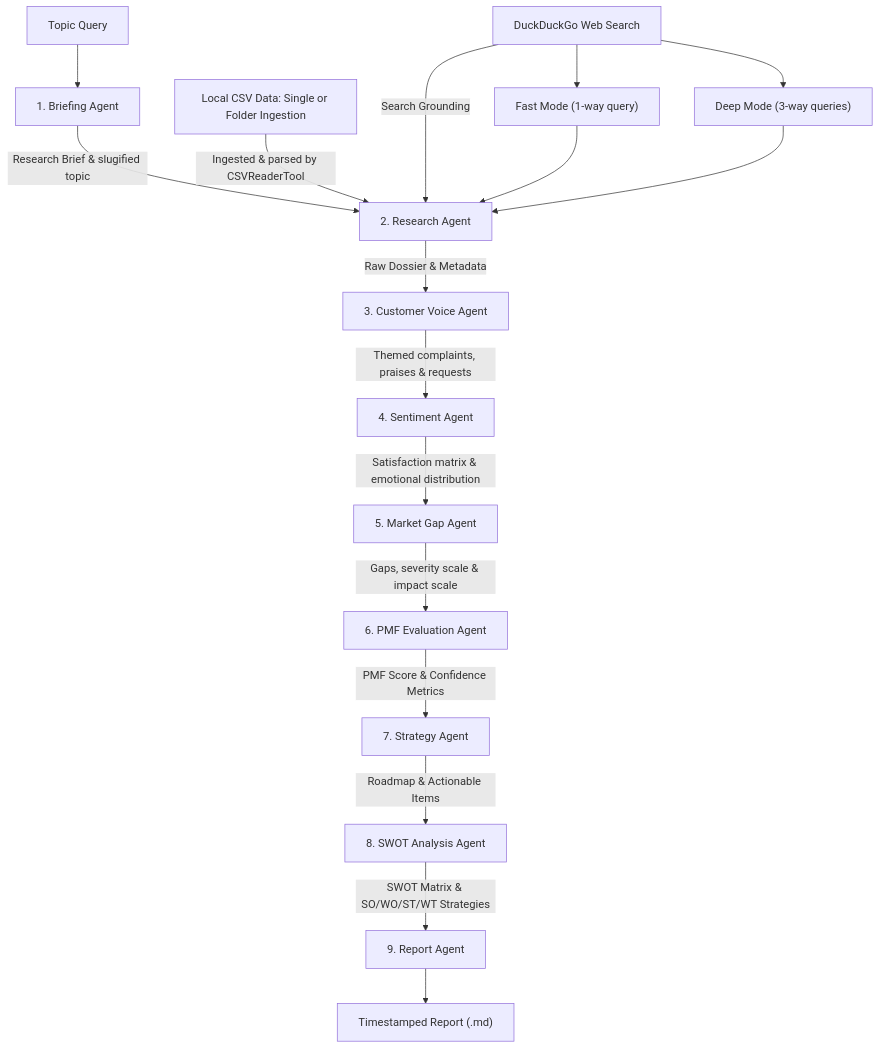
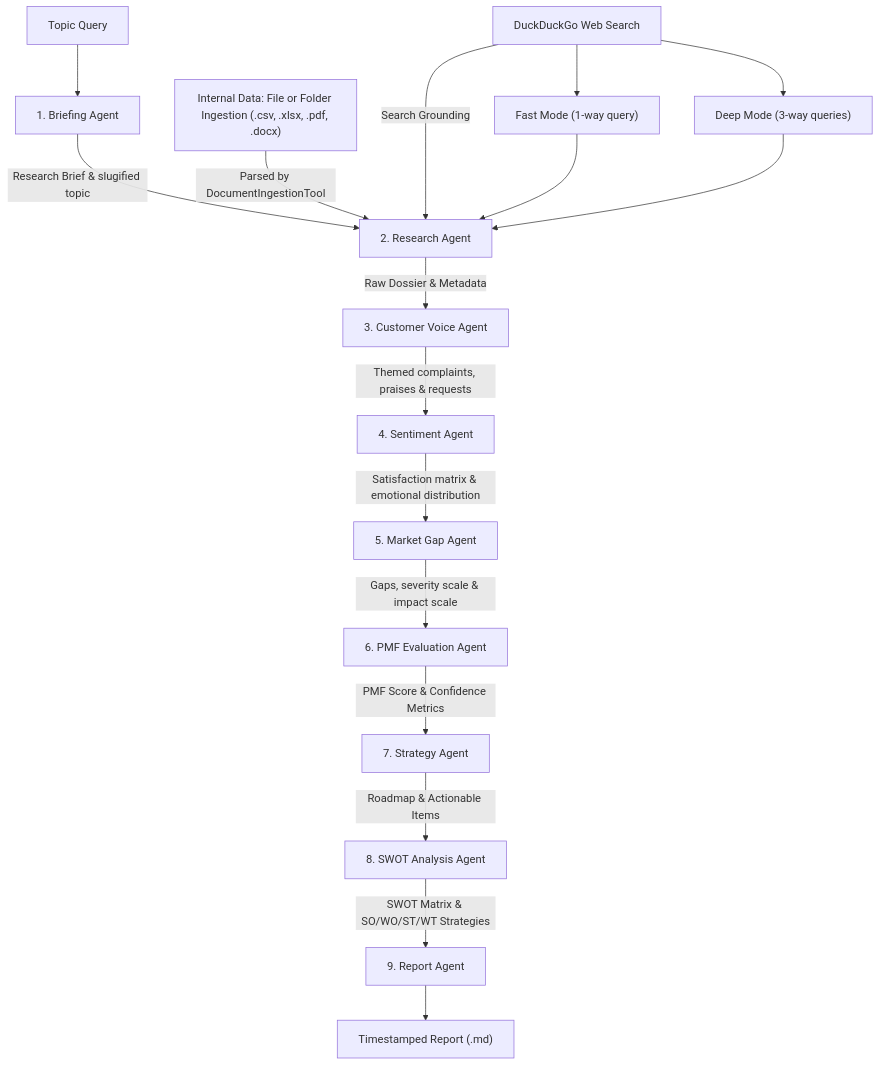
One commit to addysiddiqui7/PMFNavigator-AI changed the diagram in README.md. Above: the diagram before and after it, drawn with Mermaid. The commit also changed other lines of this file, not shown here.

````diff
--- a/README.md
+++ b/README.md
@@ -43,31 +43,31 @@
 ```mermaid
 graph TD
     Input[Topic Query] --> Stage1[1. Briefing Agent]
     Stage1 -->|Research Brief & slugified topic| Stage2[2. Research Agent]
     
     %% Input Sources Branch
-    CSV["Local CSV Data: Single or Folder Ingestion"] -->|Ingested & parsed by CSVReaderTool| Stage2
+    Data["Internal Data: File or Folder Ingestion (.csv, .xlsx, .pdf, .docx)"] -->|Parsed by DocumentIngestionTool| Stage2
     Search["DuckDuckGo Web Search"] -->|Search Grounding| Stage2
     
     %% Search Modes Branch
     Search --> Fast["Fast Mode (1-way query)"]
     Search --> Deep["Deep Mode (3-way queries)"]
     Fast --> Stage2
     Deep --> Stage2
     
     %% Research & Extraction
     Stage2 -->|Raw Dossier & Metadata| Stage3[3. Customer Voice Agent]
     Stage3 -->|Themed complaints, praises & requests| Stage4[4. Sentiment Agent]
     
     %% Analysis & Opportunity
     Stage4 -->|Satisfaction matrix & emotional distribution| Stage5[5. Market Gap Agent]
     Stage5 -->|Gaps, severity scale & impact scale| Stage6[6. PMF Evaluation Agent]
     
     %% Strategy & SWOT
     Stage6 -->|PMF Score & Confidence Metrics| Stage7[7. Strategy Agent]
     Stage7 -->|Roadmap & Actionable Items| Stage8[8. SWOT Analysis Agent]
     
     %% Report Output
     Stage8 -->|SWOT Matrix & SO/WO/ST/WT Strategies| Stage9[9. Report Agent]
     Stage9 --> OutputFile["Timestamped Report (.md)"]
 ```
````
